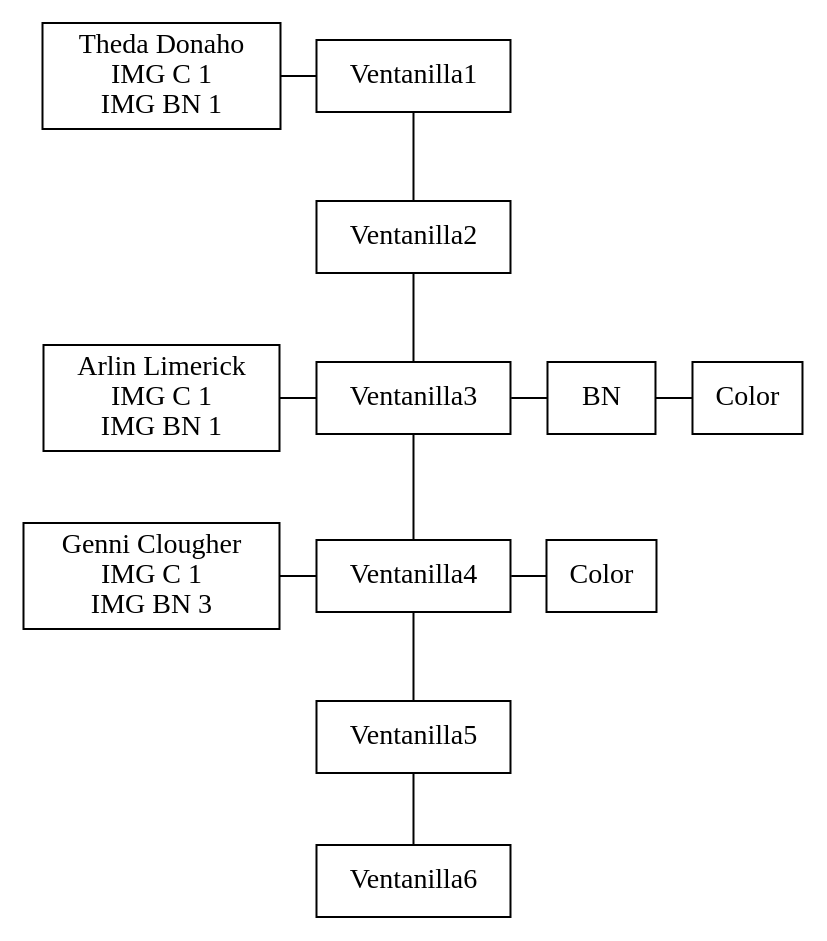
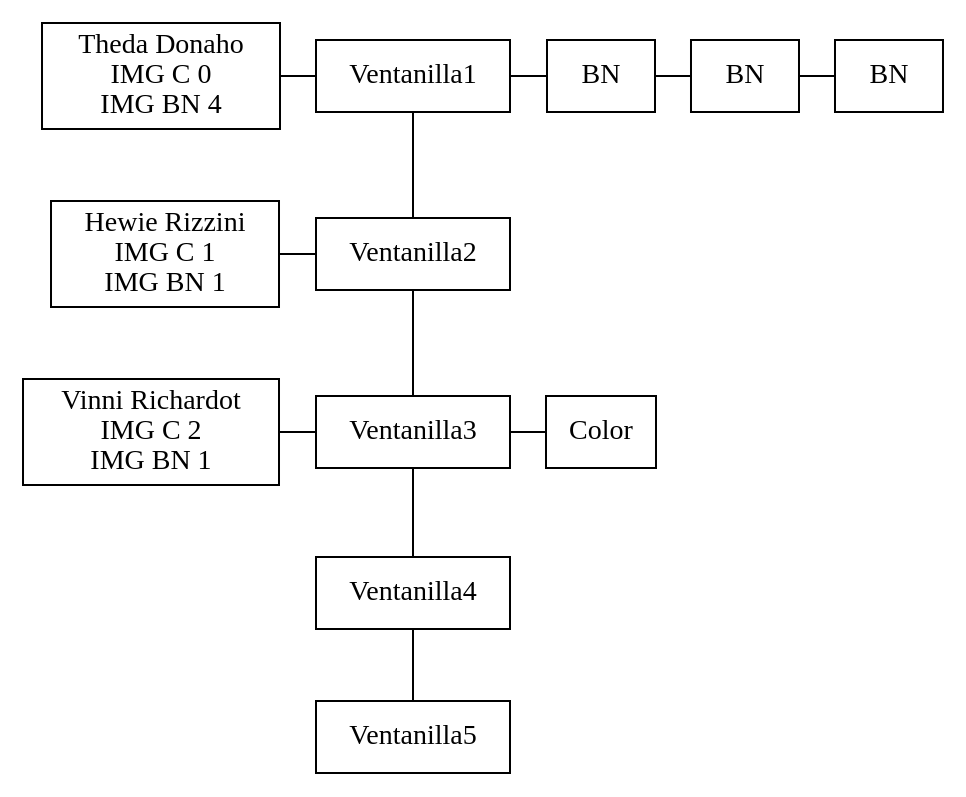
The diagram in Fase1/listaVentanillas.dot (d-acetun/simulacion-sistema-impresion-de-imagenes), drawn with Graphviz before and after one commit. The commit also changed 17 other files, not shown here.

```diff
--- a/Fase1/listaVentanillas.dot
+++ b/Fase1/listaVentanillas.dot
@@ -1,34 +1,35 @@
 digraph listaVentanillas {
 node[shape=box]
 edge[arrowhead=none]
 0 [label=Ventanilla1]
-1 [label="Theda Donaho\nIMG C 1\nIMG BN 1"]
-2 [label=Ventanilla2]
-3 [label=Ventanilla3]
-4 [label="Arlin Limerick\nIMG C 1\nIMG BN 1"]
-5[label=BN]
-6[label=Color]
-7 [label=Ventanilla4]
-8 [label="Genni Clougher\nIMG C 1\nIMG BN 3"]
+1 [label="Theda Donaho\nIMG C 0\nIMG BN 4"]
+2[label=BN]
+3[label=BN]
+4[label=BN]
+5 [label=Ventanilla2]
+6 [label="Hewie Rizzini\nIMG C 1\nIMG BN 1"]
+7 [label=Ventanilla3]
+8 [label="Vinni Richardot\nIMG C 2\nIMG BN 1"]
 9[label=Color]
-10 [label=Ventanilla5]
-11 [label=Ventanilla6]
+10 [label=Ventanilla4]
+11 [label=Ventanilla5]
 1->0
 0->2
 2->3
-4->3
-3->5
-5->6
-3->7
+3->4
+0->5
+6->5
+5->7
 8->7
 7->9
 7->10
 10->11
 {rank=same; 1; 0}
-{rank=same; 4; 3}
-{rank=same; 3; 5}
-{rank=same; 5; 6}
+{rank=same; 0; 2}
+{rank=same; 2; 3}
+{rank=same; 3; 4}
+{rank=same; 6; 5}
 {rank=same; 8; 7}
 {rank=same; 7; 9}
 rankdir=TB
 }
```
